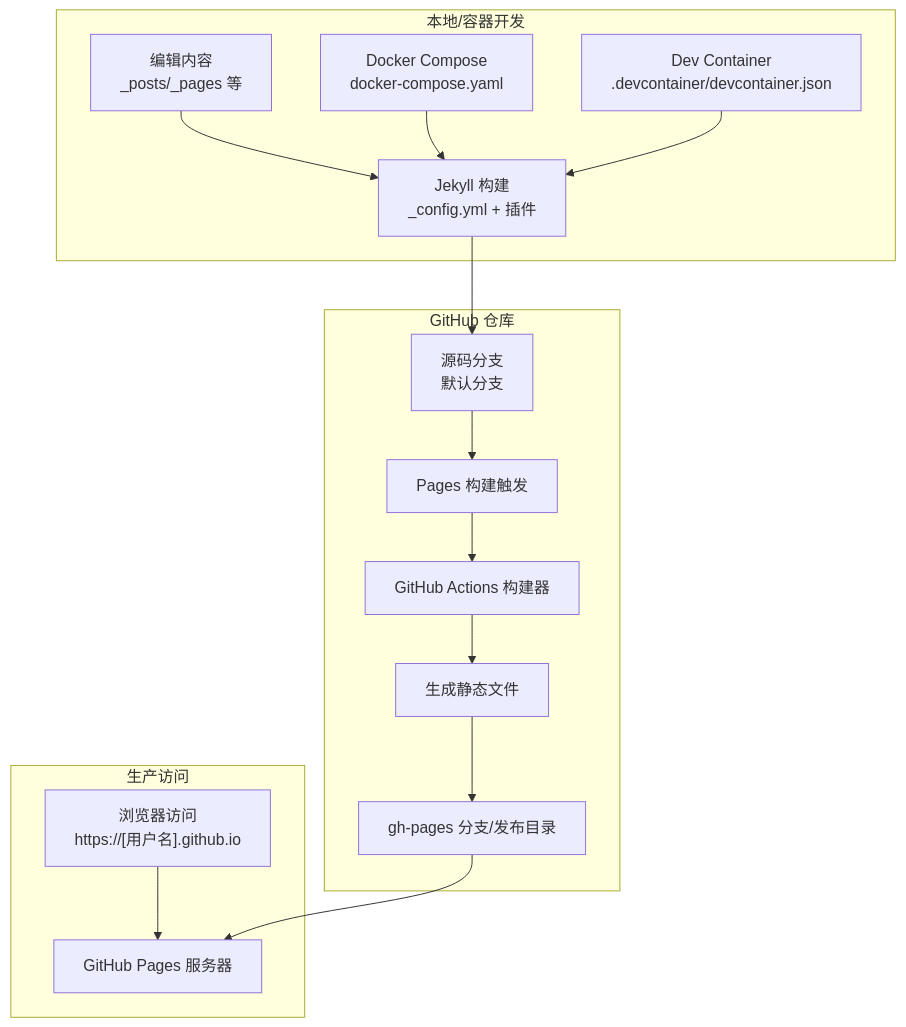
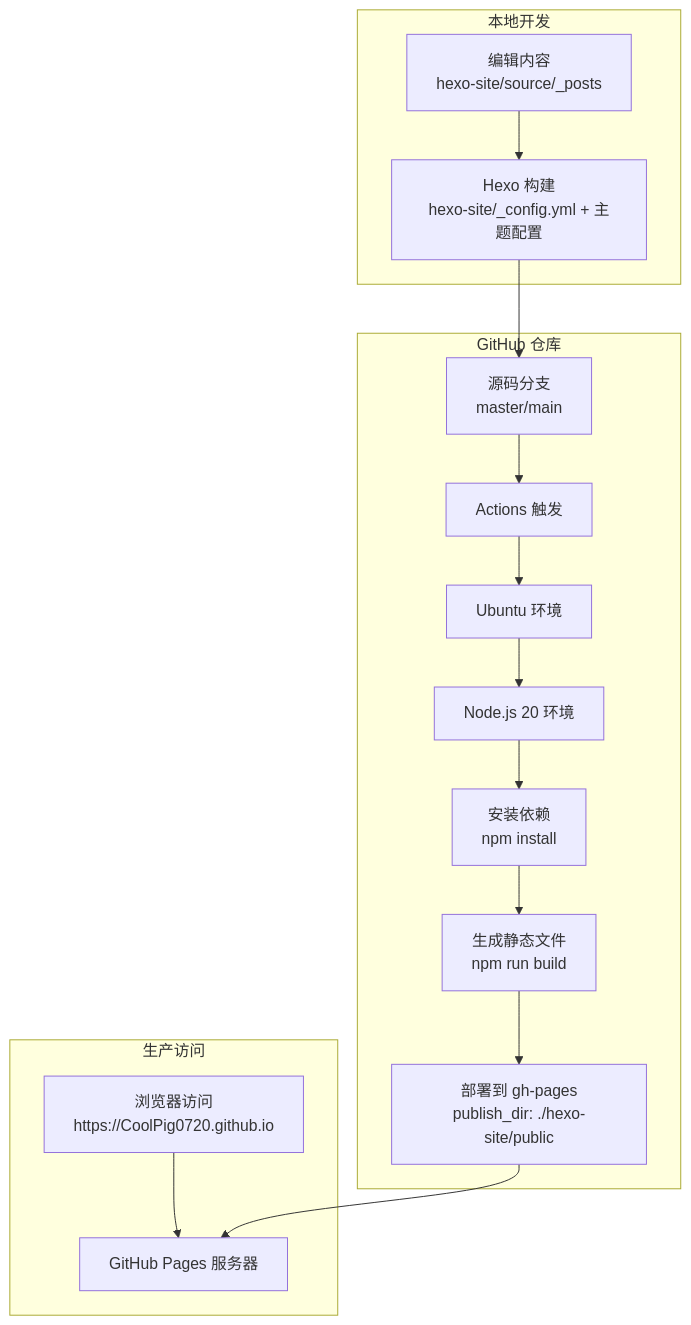
One commit to CoolPig0720/CoolPig0720.github.io changed the second of 3 diagrams in .qoder/repowiki/zh/content/部署和维护/GitHub Pages 部署.md. Above: the diagram before and after it, drawn with Mermaid. The commit also changed other lines of this file and 36 other files, not shown here.

````diff
--- a/.qoder/repowiki/zh/content/部署和维护/GitHub Pages 部署.md
+++ b/.qoder/repowiki/zh/content/部署和维护/GitHub Pages 部署.md
@@ -86,19 +76,19 @@
 ```mermaid
 graph TB
-subgraph "本地/容器开发"
-L1["编辑内容<br/>_posts/_pages 等"] --> L2["Jekyll 构建<br/>_config.yml + 插件"]
-L3["Docker Compose<br/>docker-compose.yaml"] --> L2
-L4["Dev Container<br/>.devcontainer/devcontainer.json"] --> L2
+subgraph "本地开发"
+L1["编辑内容<br/>hexo-site/source/_posts"] --> L2["Hexo 构建<br/>hexo-site/_config.yml + 主题配置"]
 end
 subgraph "GitHub 仓库"
-G1["源码分支<br/>默认分支"] --> G2["Pages 构建触发"]
-G2 --> G3["GitHub Actions 构建器"]
-G3 --> G4["生成静态文件"]
-G4 --> G5["gh-pages 分支/发布目录"]
+G1["源码分支<br/>master/main"] --> G2["Actions 触发"]
+G2 --> G3["Ubuntu 环境"]
+G3 --> G4["Node.js 20 环境"]
+G4 --> G5["安装依赖<br/>npm install"]
+G5 --> G6["生成静态文件<br/>npm run build"]
+G6 --> G7["部署到 gh-pages<br/>publish_dir: ./hexo-site/public"]
 end
 subgraph "生产访问"
-U["浏览器访问<br/>https://[用户名].github.io"] --> P["GitHub Pages 服务器"]
+U["浏览器访问<br/>https://CoolPig0720.github.io"] --> P["GitHub Pages 服务器"]
 end
 L2 --> G1
-G5 --> P
+G7 --> P
 ```
````
